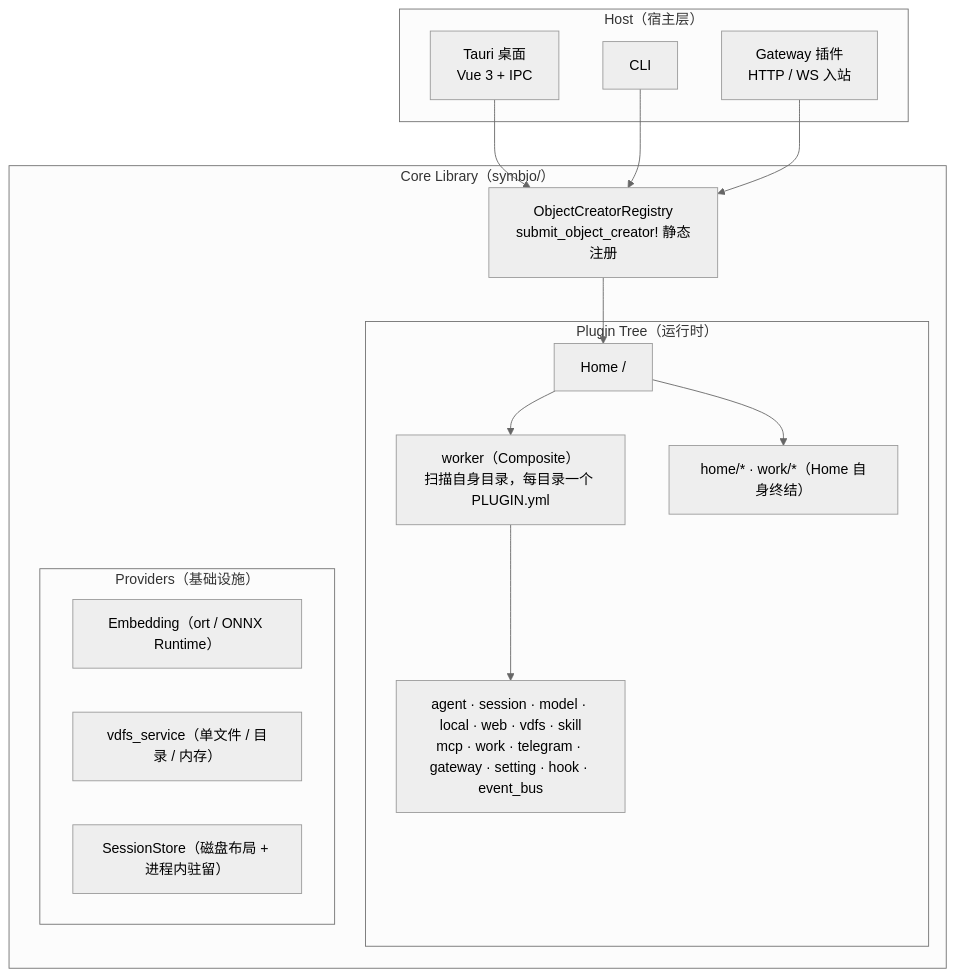
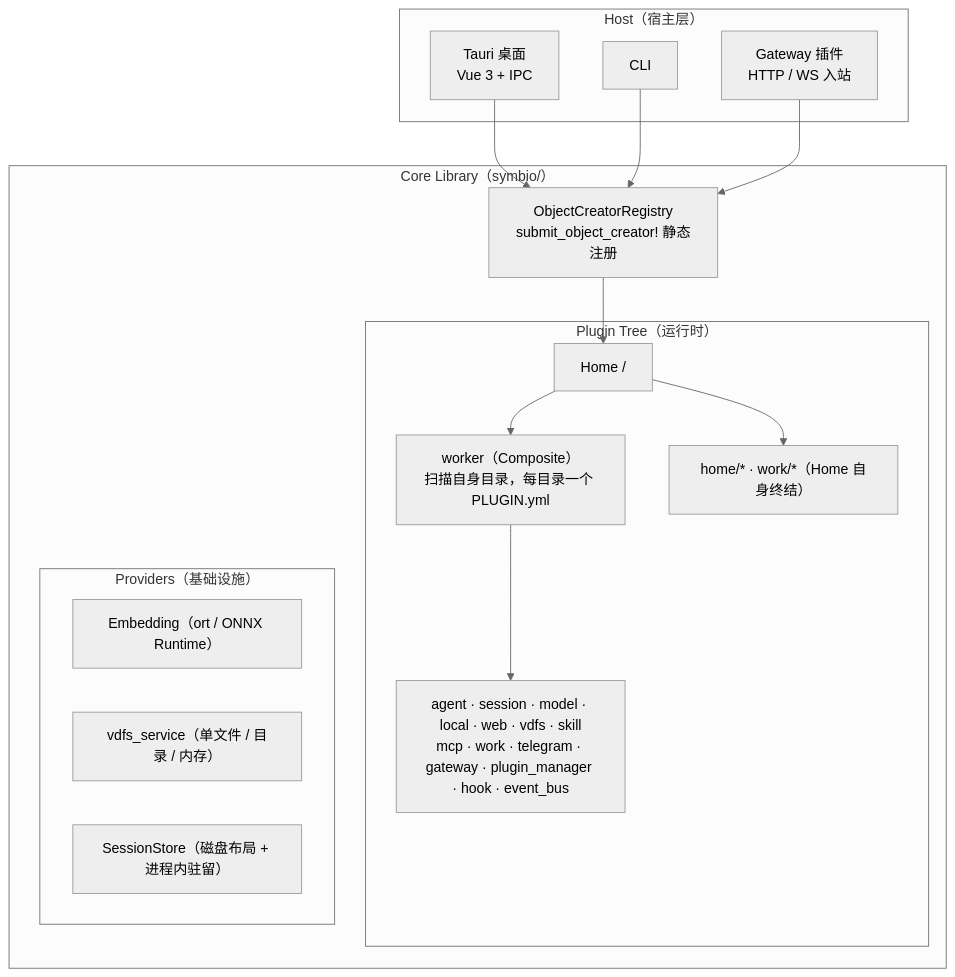
Before and after one commit to agiwave/symbio: the diagram in docs/SYSTEM_MAP.md, drawn with Mermaid (neutral theme). The commit also changed 53 other files, not shown here.

````diff
--- a/docs/SYSTEM_MAP.md
+++ b/docs/SYSTEM_MAP.md
@@ -11,29 +11,29 @@
 ```mermaid
 graph TD
     subgraph HOST["Host（宿主层）"]
         T["Tauri 桌面<br/>Vue 3 + IPC"]
         C["CLI"]
         G["Gateway 插件<br/>HTTP / WS 入站"]
     end
 
     subgraph CORE["Core Library（symbio/）"]
         REG["ObjectCreatorRegistry<br/>submit_object_creator! 静态注册"]
         subgraph TREE["Plugin Tree（运行时）"]
             HOME["Home /"]
             W["worker（Composite）<br/>扫描自身目录，每目录一个 PLUGIN.yml"]
             HOME --> W
-            W --> GROUP["agent · session · model · local · web · vdfs · skill<br/>mcp · work · telegram · gateway · setting · hook · event_bus"]
+            W --> GROUP["agent · session · model · local · web · vdfs · skill<br/>mcp · work · telegram · gateway · plugin_manager · hook · event_bus"]
             HOME --> HW["home/* · work/*（Home 自身终结）"]
         end
         subgraph PROV["Providers（基础设施）"]
             EM["Embedding（ort / ONNX Runtime）"]
             VS["vdfs_service（单文件 / 目录 / 内存）"]
             SS["SessionStore（磁盘布局 + 进程内驻留）"]
         end
         REG --> HOME
     end
 
     T --> REG
     C --> REG
     G --> REG
 ```
````
